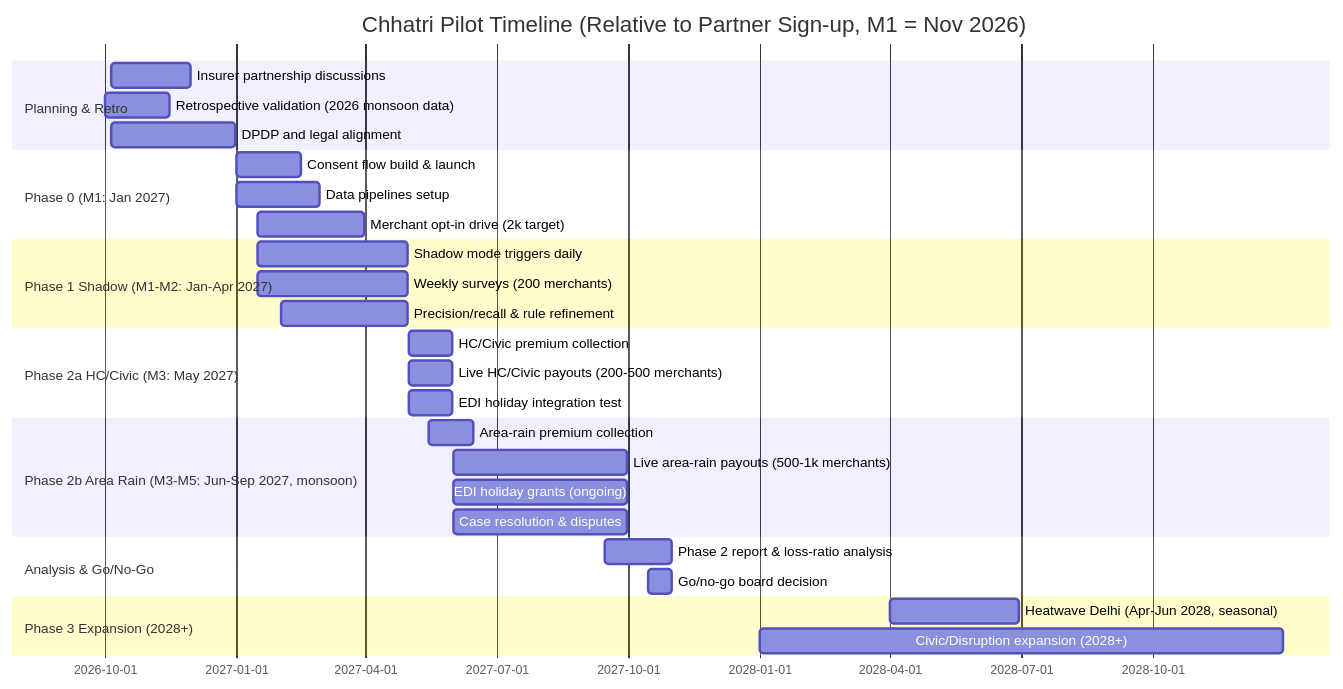
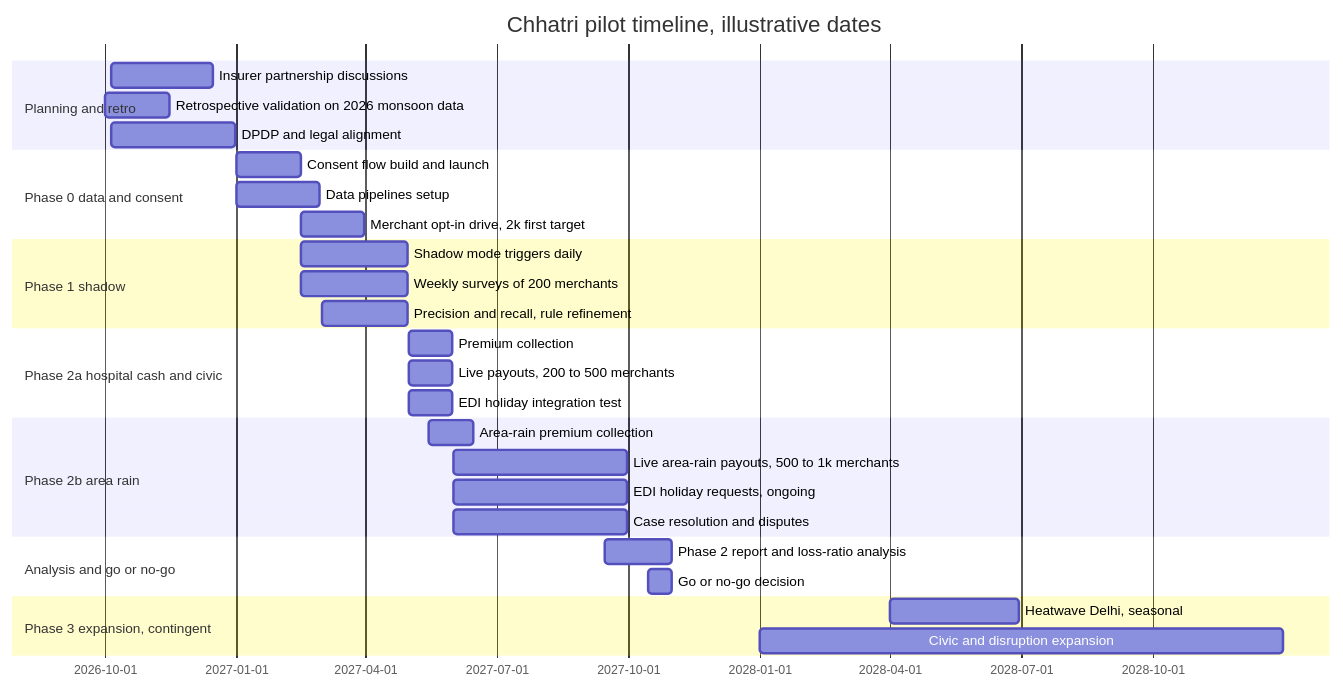
Before and after one commit to UjjwalPardeshi/Chhatri: the diagram in docs/05-business/go-to-market-and-pilot-plan.md, drawn with Mermaid. The commit also changed other lines of this file and 57 other files, not shown here.

````diff
--- a/docs/05-business/go-to-market-and-pilot-plan.md
+++ b/docs/05-business/go-to-market-and-pilot-plan.md
@@ -405,39 +417,39 @@
 ```mermaid
 gantt
-  title Chhatri Pilot Timeline (Relative to Partner Sign-up, M1 = Nov 2026)
+  title Chhatri pilot timeline, illustrative dates
   dateFormat YYYY-MM-DD
-  
-  section Planning & Retro
-  Insurer partnership discussions : insurer1, 2026-10-05, 2026-11-30
-  Retrospective validation (2026 monsoon data) : retro1, 2026-10-01, 2026-11-15
+
+  section Planning and retro
+  Insurer partnership discussions : insurer1, 2026-10-05, 2026-12-15
+  Retrospective validation on 2026 monsoon data : retro1, 2026-10-01, 2026-11-15
   DPDP and legal alignment : legal1, 2026-10-05, 2026-12-31
-  
-  section Phase 0 (M1: Jan 2027)
-  Consent flow build & launch : consent1, 2027-01-01, 2027-02-15
+
+  section Phase 0 data and consent
+  Consent flow build and launch : consent1, 2027-01-01, 2027-02-15
   Data pipelines setup : pipes1, 2027-01-01, 2027-02-28
-  Merchant opt-in drive (2k target) : optin1, 2027-01-15, 2027-03-31
-  
-  section Phase 1 Shadow (M1-M2: Jan-Apr 2027)
-  Shadow mode triggers daily : shadow1, 2027-01-15, 2027-04-30
-  Weekly surveys (200 merchants) : survey1, 2027-01-15, 2027-04-30
-  Precision/recall & rule refinement : analysis1, 2027-02-01, 2027-04-30
-  
-  section Phase 2a HC/Civic (M3: May 2027)
-  HC/Civic premium collection : prem2a, 2027-05-01, 2027-05-31
-  Live HC/Civic payouts (200-500 merchants) : payout2a, 2027-05-01, 2027-05-31
+  Merchant opt-in drive, 2k first target : optin1, 2027-02-15, 2027-03-31
+
+  section Phase 1 shadow
+  Shadow mode triggers daily : shadow1, 2027-02-15, 2027-04-30
+  Weekly surveys of 200 merchants : survey1, 2027-02-15, 2027-04-30
+  Precision and recall, rule refinement : analysis1, 2027-03-01, 2027-04-30
+
+  section Phase 2a hospital cash and civic
+  Premium collection : prem2a, 2027-05-01, 2027-05-31
+  Live payouts, 200 to 500 merchants : payout2a, 2027-05-01, 2027-05-31
   EDI holiday integration test : edi2a, 2027-05-01, 2027-05-31
-  
-  section Phase 2b Area Rain (M3-M5: Jun-Sep 2027, monsoon)
+
+  section Phase 2b area rain
   Area-rain premium collection : prem2b, 2027-05-15, 2027-06-15
-  Live area-rain payouts (500-1k merchants) : payout2b, 2027-06-01, 2027-09-30
-  EDI holiday grants (ongoing) : edi2b, 2027-06-01, 2027-09-30
-  Case resolution & disputes : cases2b, 2027-06-01, 2027-09-30
-  
-  section Analysis & Go/No-Go
-  Phase 2 report & loss-ratio analysis : report2, 2027-09-15, 2027-10-31
-  Go/no-go board decision : board1, 2027-10-15, 2027-10-31
-  
-  section Phase 3 Expansion (2028+)
-  Heatwave Delhi (Apr-Jun 2028, seasonal) : heat3, 2028-04-01, 2028-06-30
-  Civic/Disruption expansion (2028+) : civic3, 2028-01-01, 2028-12-31
+  Live area-rain payouts, 500 to 1k merchants : payout2b, 2027-06-01, 2027-09-30
+  EDI holiday requests, ongoing : edi2b, 2027-06-01, 2027-09-30
+  Case resolution and disputes : cases2b, 2027-06-01, 2027-09-30
+
+  section Analysis and go or no-go
+  Phase 2 report and loss-ratio analysis : report2, 2027-09-15, 2027-10-31
+  Go or no-go decision : board1, 2027-10-15, 2027-10-31
+
+  section Phase 3 expansion, contingent
+  Heatwave Delhi, seasonal : heat3, 2028-04-01, 2028-06-30
+  Civic and disruption expansion : civic3, 2028-01-01, 2028-12-31
 ```
````
